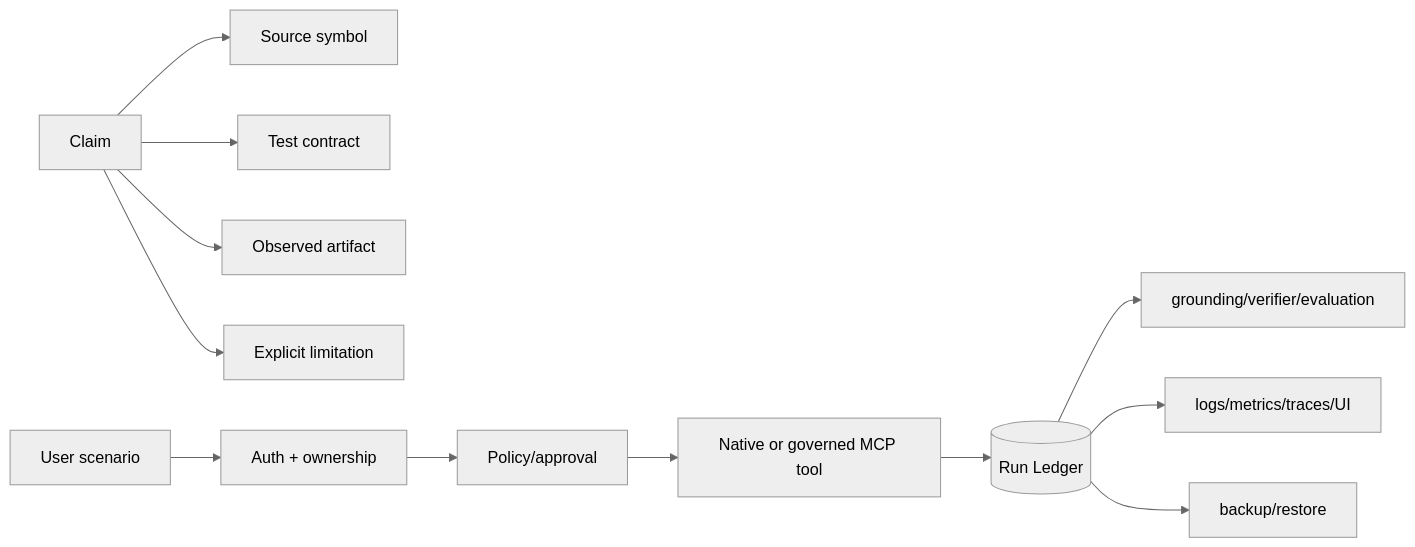
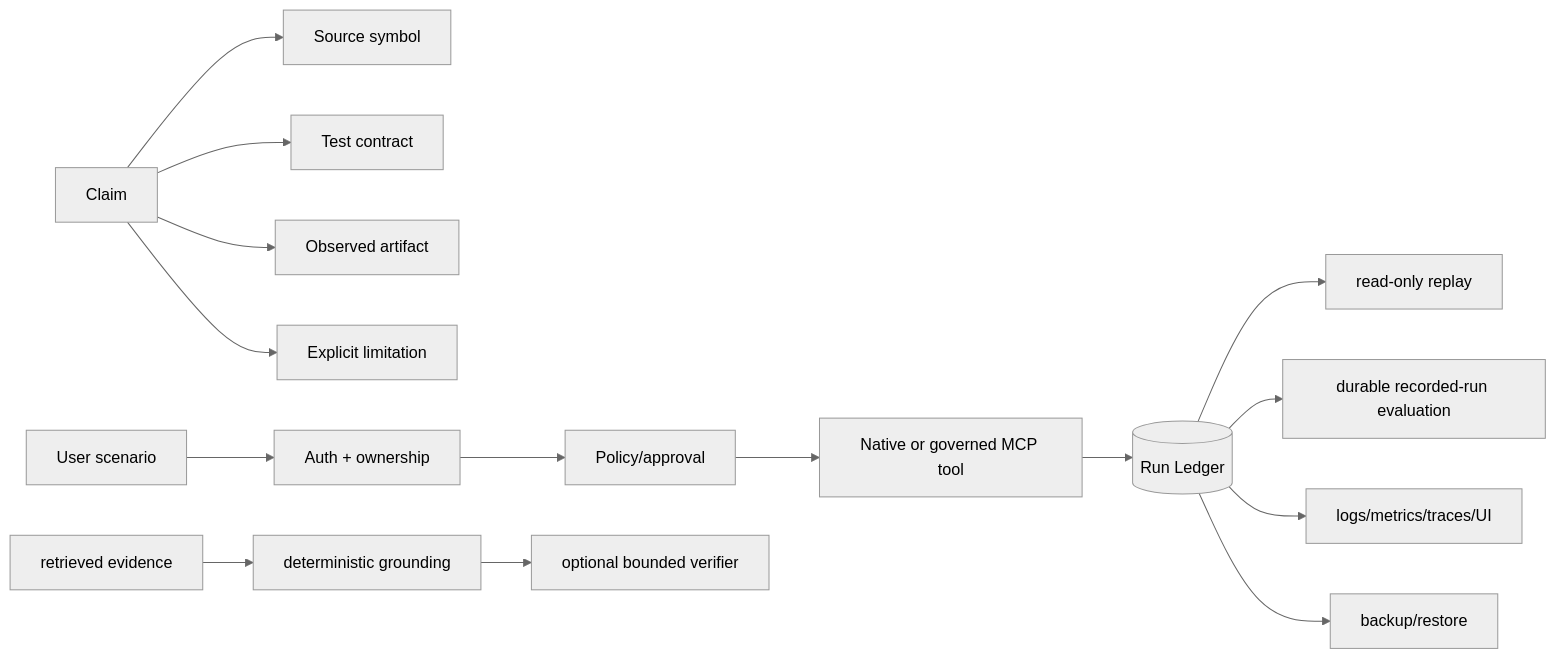
Before and after one commit to levalencia/archon: the first of 4 diagrams in docs/course/modules/15-capstone/README.md, drawn with Mermaid (neutral theme). The commit also changed other lines of this file and 22 other files, not shown here.

Commit message:
docs: correct advanced course architecture and claims

````diff
--- a/docs/course/modules/15-capstone/README.md
+++ b/docs/course/modules/15-capstone/README.md
@@ -51,14 +52,17 @@
 ```mermaid
 flowchart LR
   C[Claim] --> S[Source symbol]
   C --> T[Test contract]
   C --> O[Observed artifact]
   C --> L[Explicit limitation]
   U[User scenario] --> A[Auth + ownership]
   A --> P[Policy/approval]
   P --> X[Native or governed MCP tool]
   X --> R[(Run Ledger)]
-  R --> V[grounding/verifier/evaluation]
+  R --> RP[read-only replay]
+  G[retrieved evidence] --> GR[deterministic grounding]
+  GR --> V[optional bounded verifier]
+  R --> EV[durable recorded-run evaluation]
   R --> OBS[logs/metrics/traces/UI]
   R --> DR[backup/restore]
 ```
````
